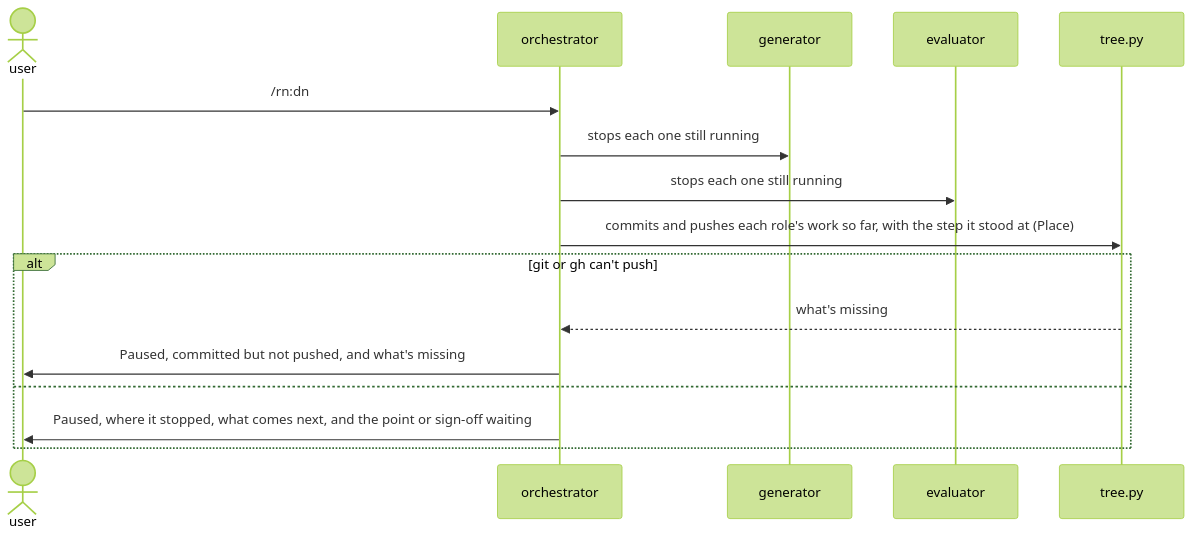
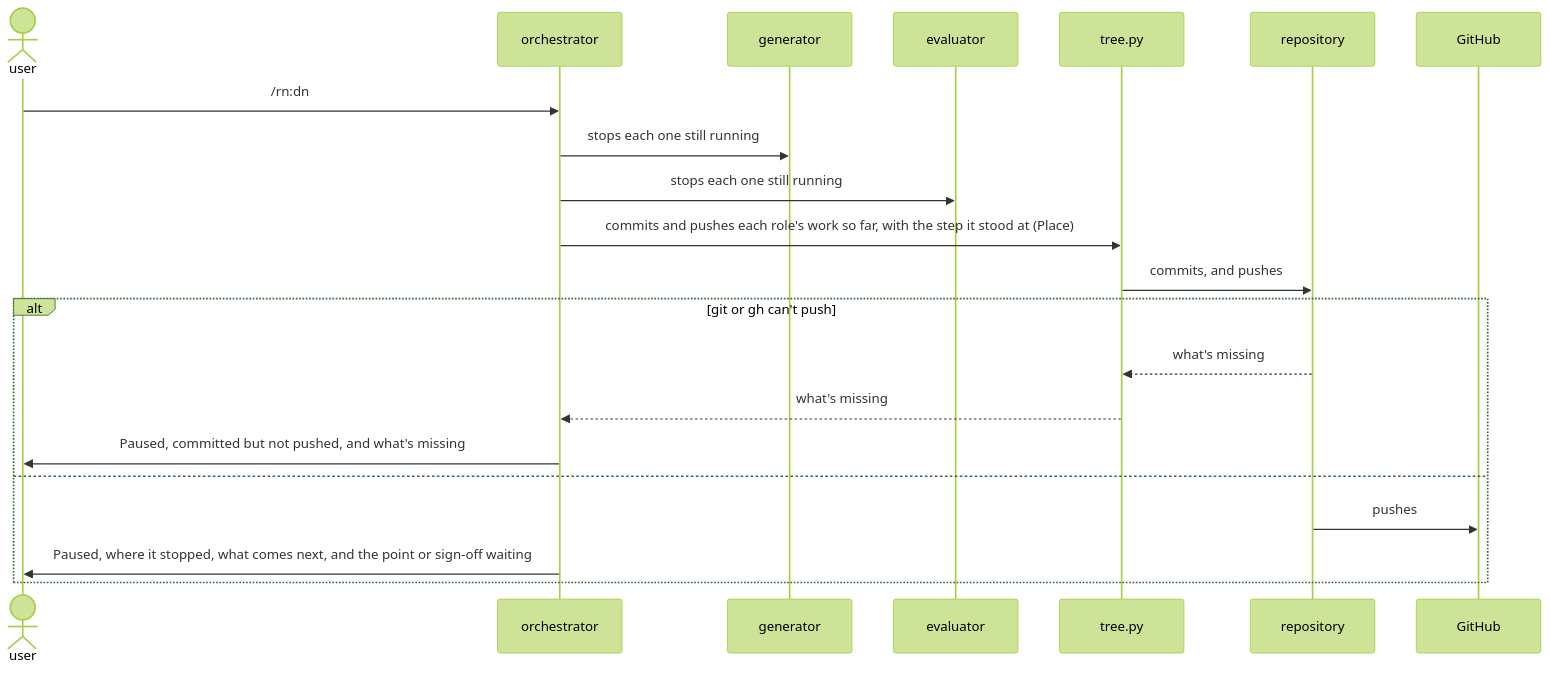
Before and after one commit to lovaizu/ccpm: the fourth of 6 diagrams in dev/rn/architecture.md, drawn with Mermaid (forest theme). The commit also changed other lines of this file and 48 other files, not shown here.

````diff
--- a/dev/rn/architecture.md
+++ b/dev/rn/architecture.md
@@ -324,18 +379,23 @@
 ```mermaid
 sequenceDiagram
   actor U as user
   participant O as orchestrator
   participant G as generator
   participant E as evaluator
   participant T as tree.py
+  participant RP as repository
+  participant GH as GitHub
   U->>O: /rn:dn
   O->>G: stops each one still running
   O->>E: stops each one still running
   O->>T: commits and pushes each role's work so far, with the step it stood at (Place)
+  T->>RP: commits, and pushes
   alt git or gh can't push
+    RP-->>T: what's missing
     T-->>O: what's missing
     O->>U: Paused, committed but not pushed, and what's missing
   else
+    RP->>GH: pushes
     O->>U: Paused, where it stopped, what comes next, and the point or sign-off waiting
   end
 ```
````
